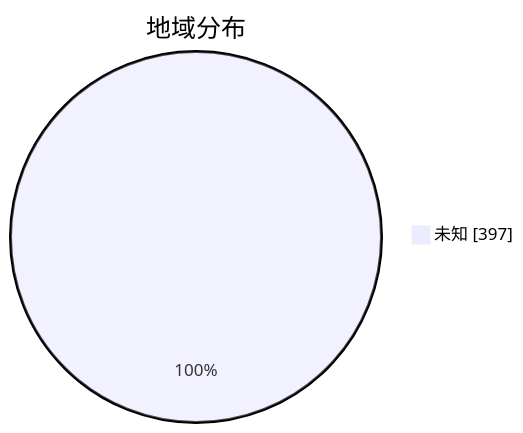
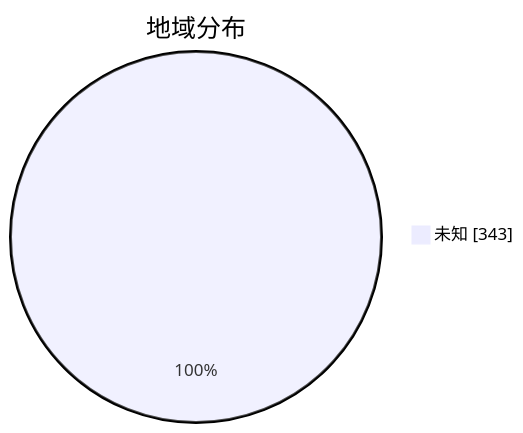
The second of 3 diagrams in subs/statistics/tested_within.md (qjlxg/airport), drawn with Mermaid before and after one commit. The commit also changed other lines of this file and 2 other files, not shown here.

````diff
--- a/subs/statistics/tested_within.md
+++ b/subs/statistics/tested_within.md
@@ -15,5 +13,5 @@
 ```mermaid
 pie showData
 title 地域分布
-"未知" : 397
+"未知" : 343
 ```
````
